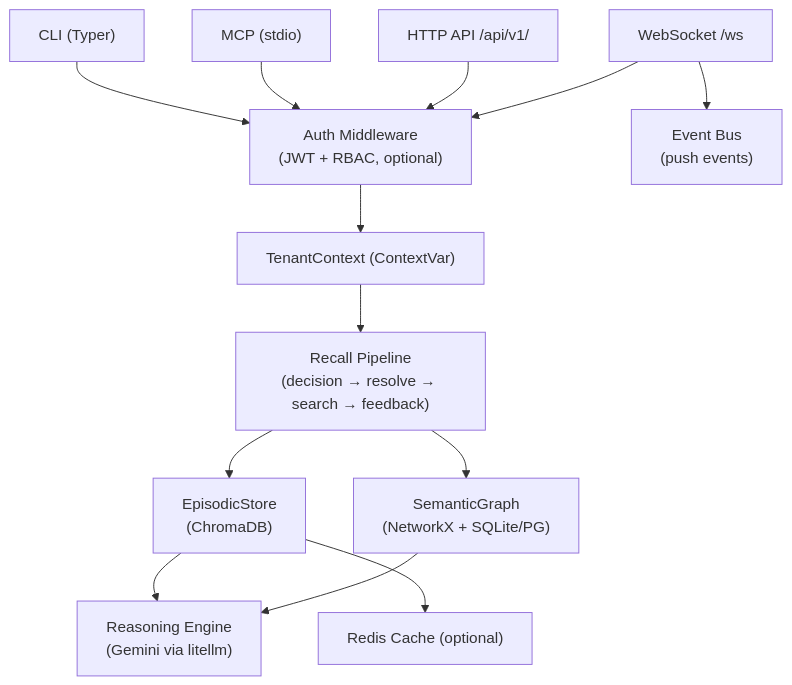
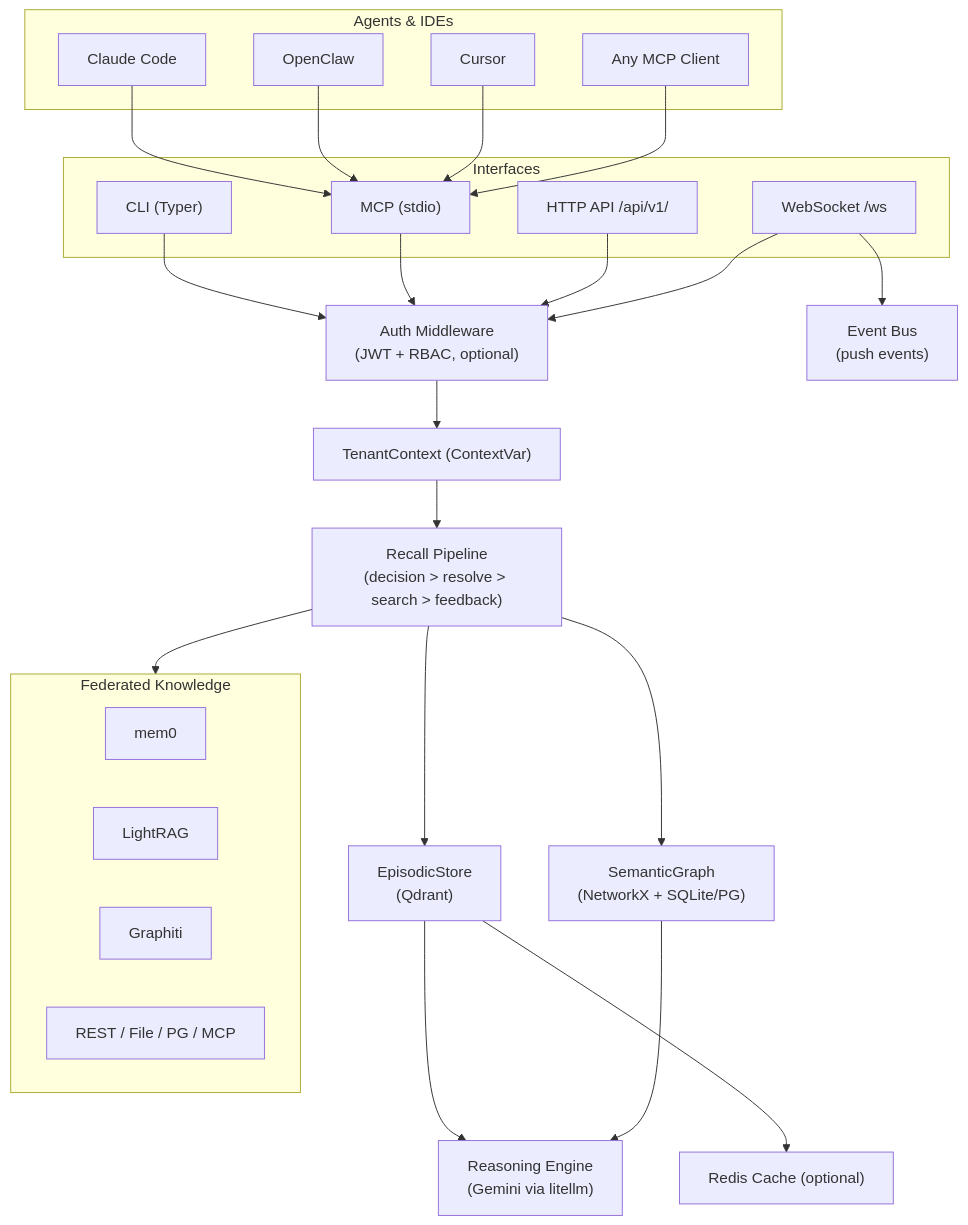
One commit to docaohieu2808/engram changed the diagram in README.md. Above: the diagram before and after it, drawn with Mermaid. The commit also changed other lines of this file and 4 other files, not shown here.

First line of the commit message:
docs: update project description with multi-agent, federated knowledge, and full MCP tools

````diff
--- a/README.md
+++ b/README.md
@@ -51,16 +67,34 @@
 ```mermaid
 flowchart TD
-    CLI["CLI (Typer)"]
-    MCP["MCP (stdio)"]
-    HTTP["HTTP API /api/v1/"]
-    WS["WebSocket /ws"]
+    subgraph Agents["Agents & IDEs"]
+        CC["Claude Code"]
+        OC["OpenClaw"]
+        CU["Cursor"]
+        ANY["Any MCP Client"]
+    end
 
+    subgraph Interfaces
+        CLI["CLI (Typer)"]
+        MCP["MCP (stdio)"]
+        HTTP["HTTP API /api/v1/"]
+        WS["WebSocket /ws"]
+    end
+
+    CC & OC & CU & ANY --> MCP
     CLI & MCP & HTTP & WS --> Auth["Auth Middleware\n(JWT + RBAC, optional)"]
     Auth --> Tenant["TenantContext (ContextVar)"]
-    Tenant --> Recall["Recall Pipeline\n(decision → resolve → search → feedback)"]
-    Recall --> Episodic["EpisodicStore\n(ChromaDB)"]
+    Tenant --> Recall["Recall Pipeline\n(decision > resolve > search > feedback)"]
+    Recall --> Episodic["EpisodicStore\n(Qdrant)"]
     Recall --> Semantic["SemanticGraph\n(NetworkX + SQLite/PG)"]
+    Recall --> Fed["Federated Providers"]
     Episodic & Semantic --> Reasoning["Reasoning Engine\n(Gemini via litellm)"]
     Episodic --> Cache["Redis Cache (optional)"]
     WS --> EventBus["Event Bus\n(push events)"]
+
+    subgraph Fed["Federated Knowledge"]
+        M0["mem0"]
+        LR["LightRAG"]
+        GR["Graphiti"]
+        REST["REST / File / PG / MCP"]
+    end
 ```
````
